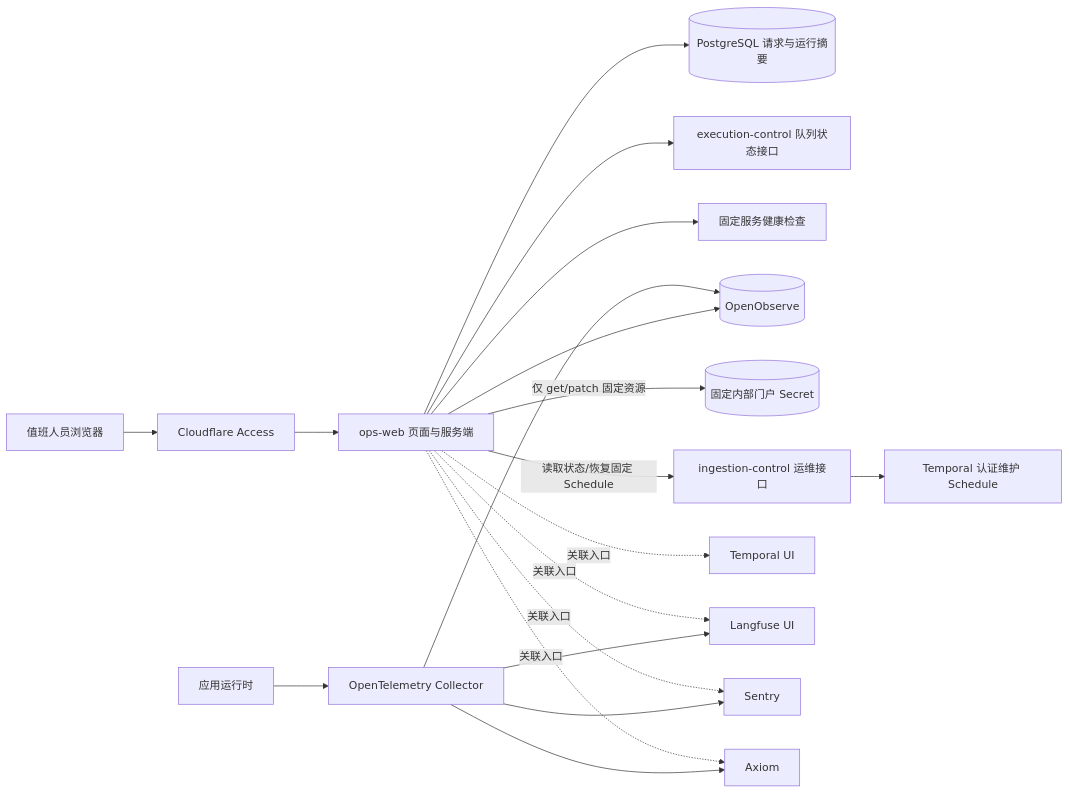
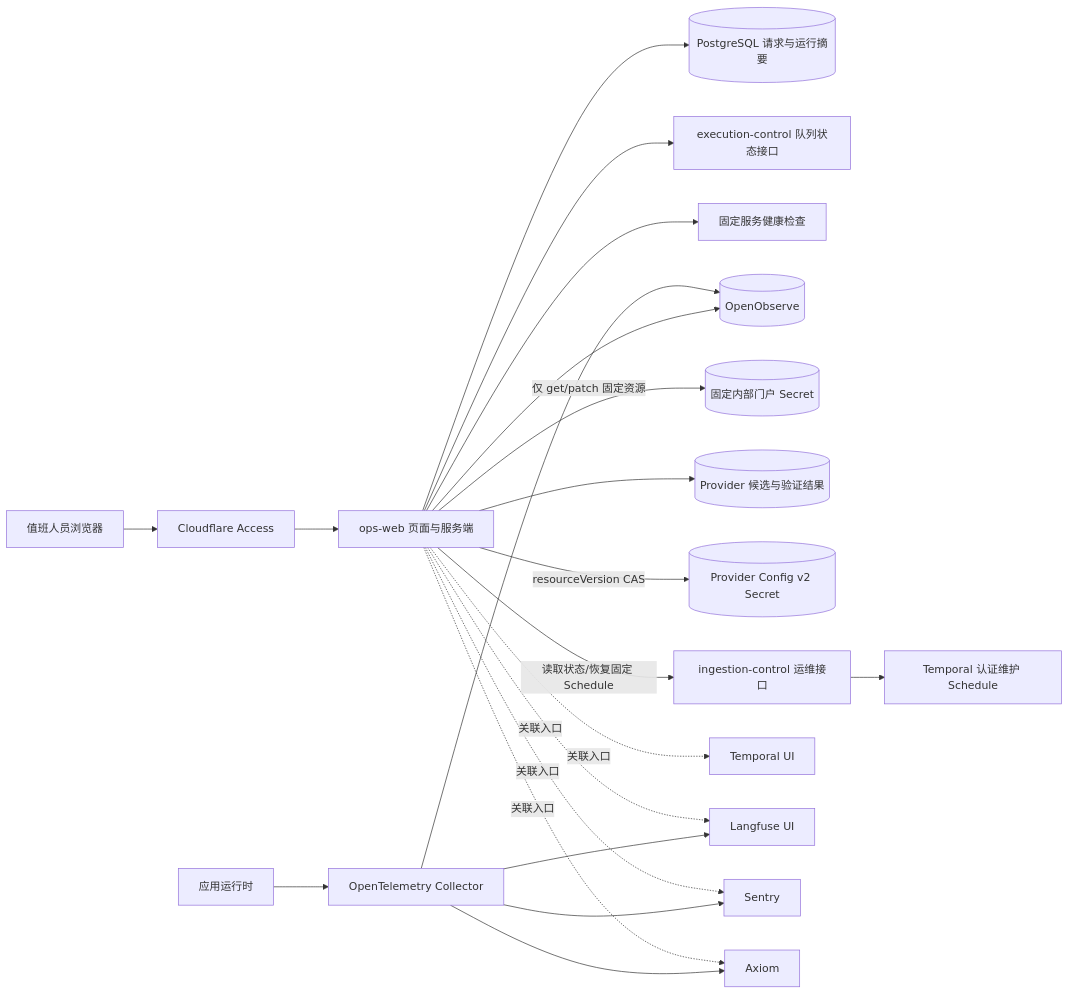
The diagram in docs/architecture/system/ops-observability.md (Luxfeier22331/campus-agent-main), drawn with Mermaid before and after one commit. The commit also changed other lines of this file and 620 other files, not shown here.

````diff
--- a/docs/architecture/system/ops-observability.md
+++ b/docs/architecture/system/ops-observability.md
@@ -33,37 +28,41 @@
 ```mermaid
 flowchart LR
   Browser[值班人员浏览器]
   Access[Cloudflare Access]
   OpsWeb[ops-web 页面与服务端]
   Pg[(PostgreSQL 请求与运行摘要)]
   Control[execution-control 队列状态接口]
   Health[固定服务健康检查]
   OpenObserve[(OpenObserve)]
   PortalSecret[(固定内部门户 Secret)]
+  ProviderDB[(Provider 候选与验证结果)]
+  ProviderSecret[(Provider Config v2 Secret)]
   IngestionControl[ingestion-control 运维接口]
   AuthSchedule[Temporal 认证维护 Schedule]
   OTel[OpenTelemetry Collector]
   Runtime[应用运行时]
   TemporalUI[Temporal UI]
   LangfuseUI[Langfuse UI]
   Sentry[Sentry]
   Axiom[Axiom]
 
   Browser --> Access --> OpsWeb
   OpsWeb --> Pg
   OpsWeb --> Control
   OpsWeb --> Health
   OpsWeb --> OpenObserve
   OpsWeb -->|仅 get/patch 固定资源| PortalSecret
+  OpsWeb --> ProviderDB
+  OpsWeb -->|resourceVersion CAS| ProviderSecret
   OpsWeb -->|读取状态/恢复固定 Schedule| IngestionControl
   IngestionControl --> AuthSchedule
   Runtime --> OTel
   OTel --> OpenObserve
   OTel --> Sentry
   OTel --> Axiom
   OTel --> LangfuseUI
   OpsWeb -. 关联入口 .-> TemporalUI
   OpsWeb -. 关联入口 .-> LangfuseUI
   OpsWeb -. 关联入口 .-> Sentry
   OpsWeb -. 关联入口 .-> Axiom
 ```
````
